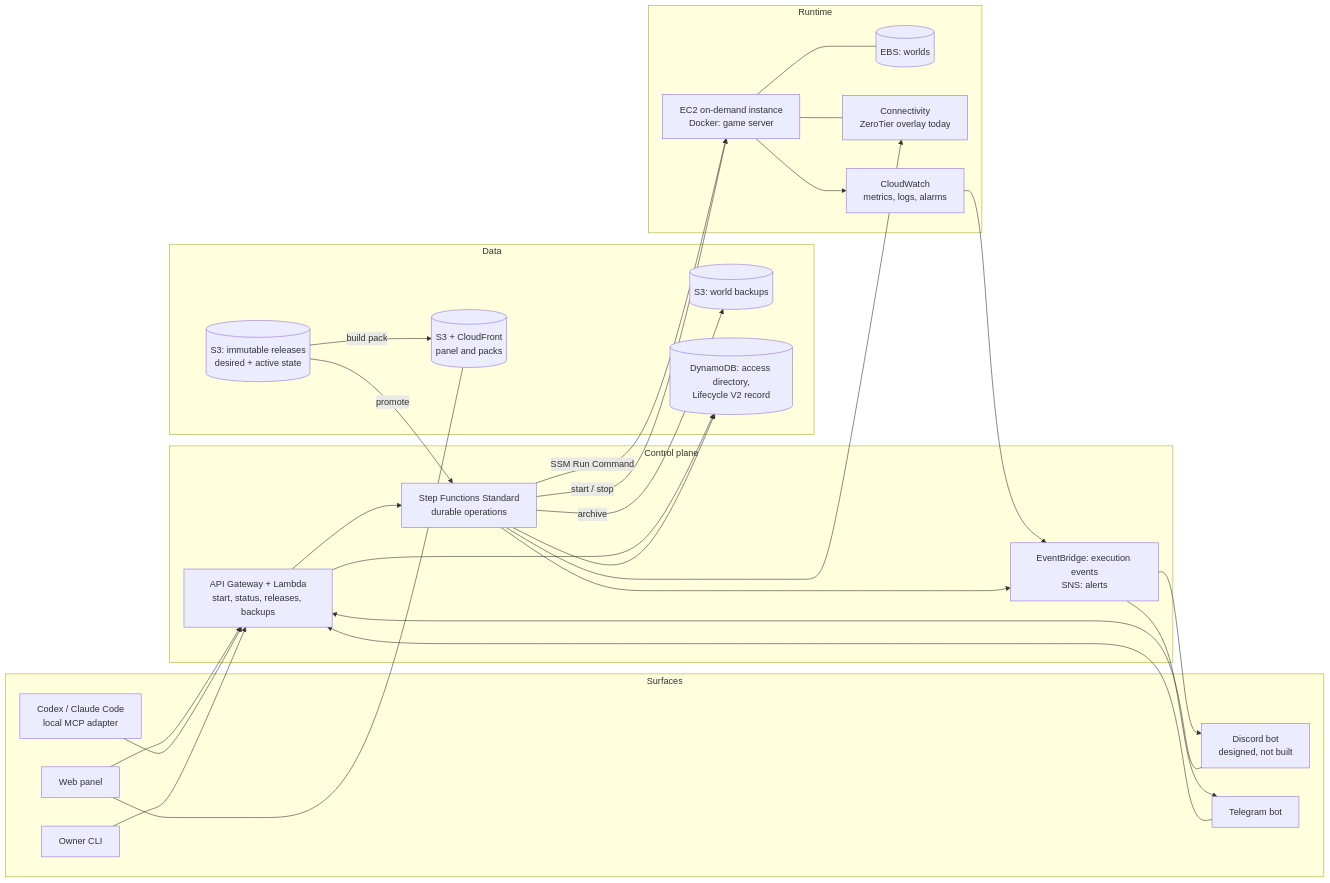
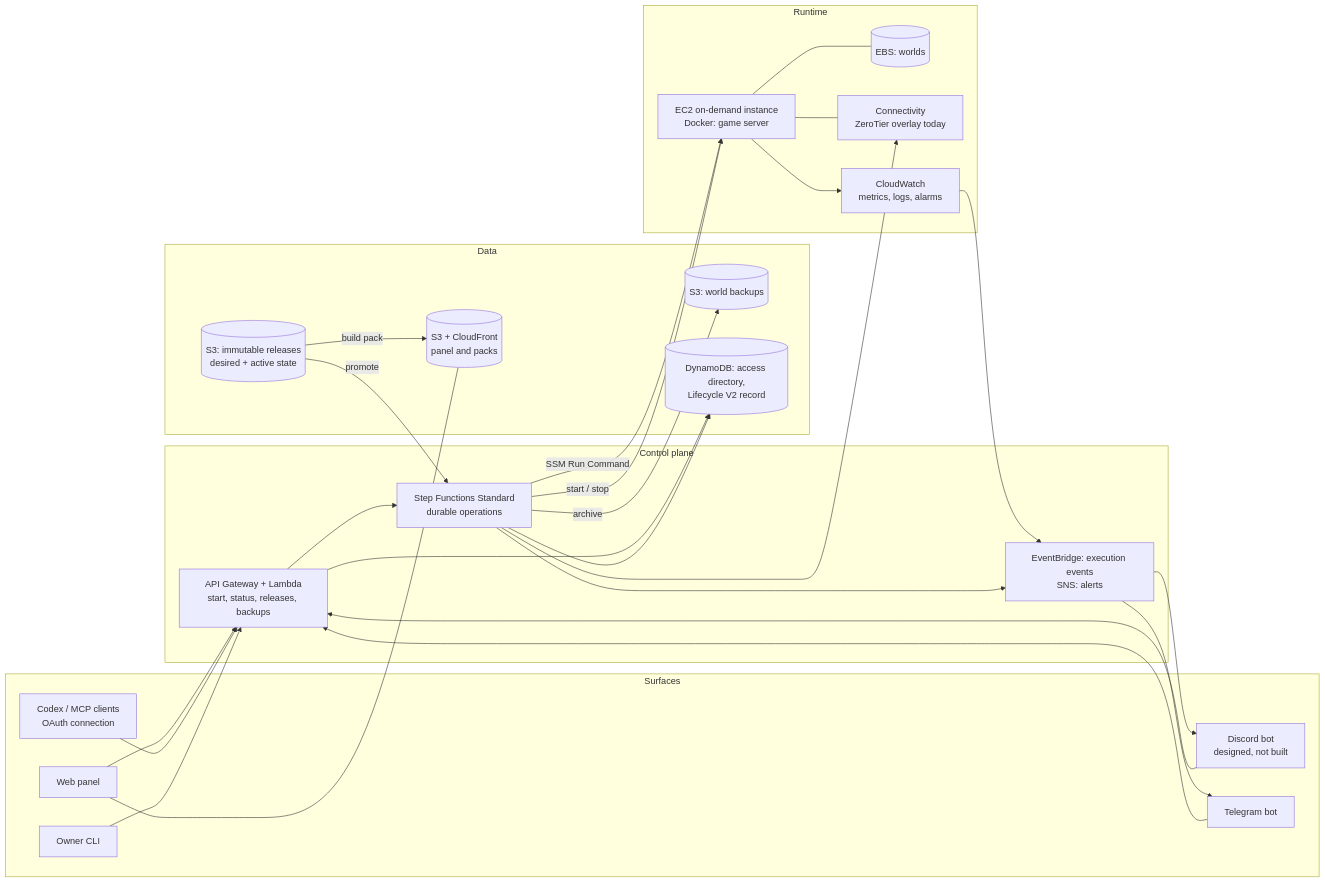
One commit to DrArzter/spawnpoint changed the diagram in README.md. Above: the diagram before and after it, drawn with Mermaid. The commit also changed other lines of this file and 17 other files, not shown here.

First line of the commit message:
Connect MCP clients through OAuth (#85)

````diff
--- a/README.md
+++ b/README.md
@@ -94,53 +94,53 @@
 ```mermaid
 flowchart LR
     subgraph Surfaces
         WEB[Web panel]
         DIS[Discord bot<br/>designed, not built]
         TG[Telegram bot]
-        MCP[Codex / Claude Code<br/>local MCP adapter]
+        MCP[Codex / MCP clients<br/>OAuth connection]
         CLI[Owner CLI]
     end
 
     subgraph ControlPlane["Control plane"]
         API[API Gateway + Lambda<br/>start, status, releases, backups]
         SFN[Step Functions Standard<br/>durable operations]
         BUS[EventBridge: execution events<br/>SNS: alerts]
     end
 
     subgraph Data
         REL[(S3: immutable releases<br/>desired + active state)]
         BAK[(S3: world backups)]
         SITE[(S3 + CloudFront<br/>panel and packs)]
         DDB[(DynamoDB: access directory,<br/>Lifecycle V2 record)]
     end
 
     subgraph Runtime
         EC2[EC2 on-demand instance<br/>Docker: game server]
         EBS[(EBS: worlds)]
         NET[Connectivity<br/>ZeroTier overlay today]
         CW[CloudWatch<br/>metrics, logs, alarms]
     end
 
     WEB --> API
     DIS --> API
     TG --> API
     MCP --> API
     CLI --> API
     API --> SFN
     API --> DDB
     SFN --> DDB
     SFN -->|SSM Run Command| EC2
     SFN -->|start / stop| EC2
     REL -->|promote| SFN
     EC2 --- EBS
     SFN -->|archive| BAK
     SFN --> NET
     EC2 --- NET
     EC2 --> CW
     CW --> BUS
     SFN --> BUS
     BUS --> DIS
     BUS --> TG
     WEB --- SITE
     REL -->|build pack| SITE
 ```
````
